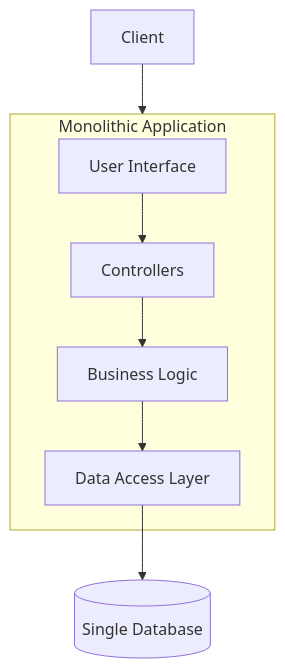
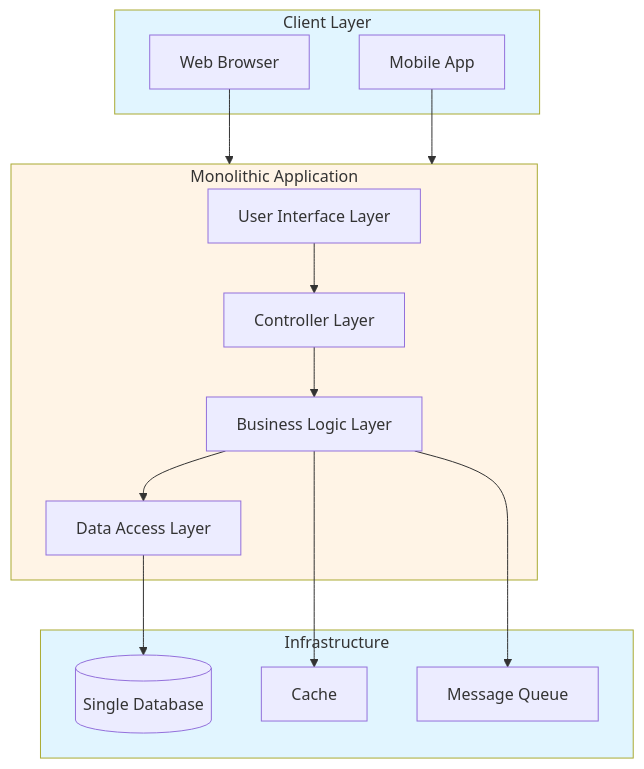
Before and after one commit to iouthnamain/tech-note: the second of 30 diagrams in Developer-Guides/ARCHITECTURE_PATTERNS_GUIDE.md, drawn with Mermaid. The commit also changed other lines of this file and 68 other files, not shown here.

````diff
--- a/Developer-Guides/ARCHITECTURE_PATTERNS_GUIDE.md
+++ b/Developer-Guides/ARCHITECTURE_PATTERNS_GUIDE.md
@@ -51,16 +94,34 @@
 ```mermaid
 graph TB
+    subgraph Client[Client Layer]
+        Web[Web Browser]
+        Mobile[Mobile App]
+    end
+    
     subgraph Monolith["Monolithic Application"]
-        UI[User Interface]
-        Controller[Controllers]
-        Service[Business Logic]
+        UI[User Interface Layer]
+        Controller[Controller Layer]
+        Service[Business Logic Layer]
         DataAccess[Data Access Layer]
     end
+    
+    subgraph Infrastructure[Infrastructure]
+        DB[(Single Database)]
+        Cache[Cache]
+        Queue[Message Queue]
+    end
+    
+    Web --> Monolith
+    Mobile --> Monolith
     
     UI --> Controller
     Controller --> Service
     Service --> DataAccess
-    DataAccess --> DB[(Single Database)]
+    DataAccess --> DB
+    Service --> Cache
+    Service --> Queue
     
-    Client[Client] --> Monolith
+    style Client fill:#e1f5ff
+    style Monolith fill:#fff4e6
+    style Infrastructure fill:#e1f5ff
 ```
````
